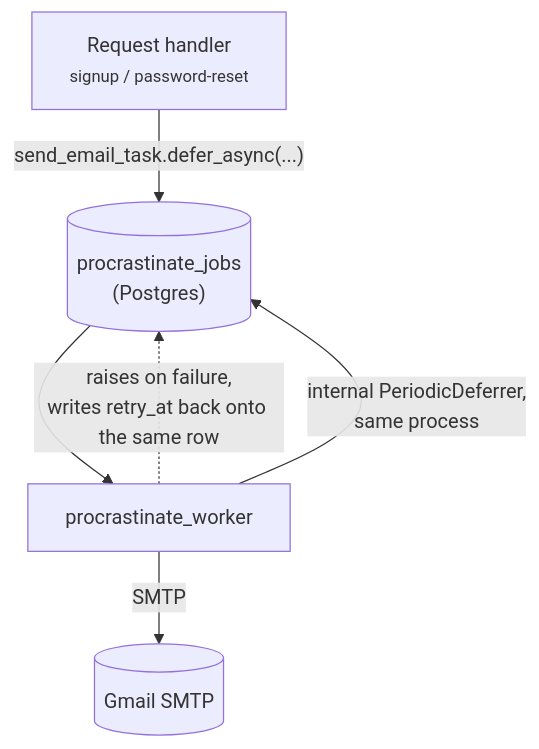
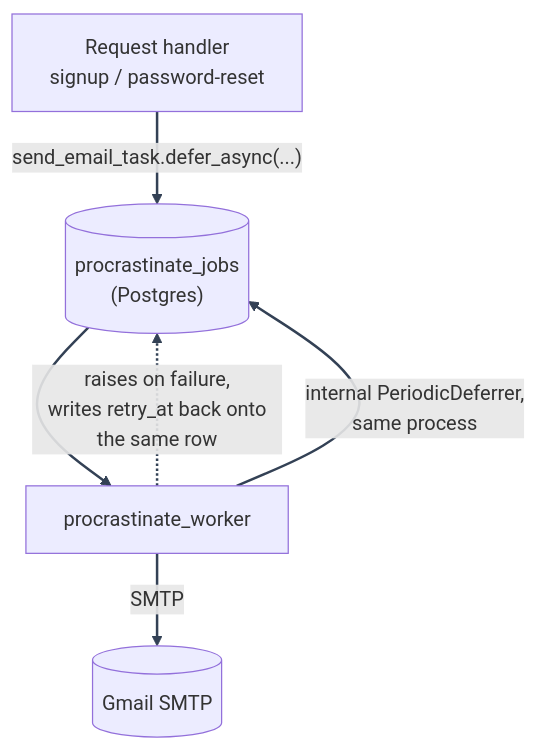
Before and after one commit to Nachiket-2024/mystic-auth: the diagram in docs/mystic_auth/background-workers/procrastinate.md, drawn with Mermaid. The commit also changed other lines of this file and 630 other files, not shown here.

````diff
--- a/docs/mystic_auth/background-workers/procrastinate.md
+++ b/docs/mystic_auth/background-workers/procrastinate.md
@@ -43,8 +46,10 @@
 ```mermaid
+%%{init: {"themeVariables": {"lineColor": "#334155"}} }%%
 flowchart TD
-    Req["Request handler<br/><small>signup / password-reset</small>"] -- "send_email_task.defer_async(...)" --> Jobs[("procrastinate_jobs<br/>(Postgres)")]
+    Req["Request handler<br/> signup / password-reset"] -- "send_email_task.defer_async(...)" --> Jobs[("procrastinate_jobs<br/> (Postgres)")]
     Jobs --> Worker["procrastinate_worker"]
     Worker -->|SMTP| Gmail[("Gmail SMTP")]
-    Worker -.->|"raises on failure,<br/>writes retry_at back onto the same row"| Jobs
-    Worker -- "internal PeriodicDeferrer,<br/>same process" --> Jobs
+    Worker -.->|"raises on failure,<br/> writes retry_at back onto the same row"| Jobs
+    Worker -- "internal PeriodicDeferrer,<br/> same process" --> Jobs
+    linkStyle default stroke:#334155,stroke-width:2px
 ```
````
